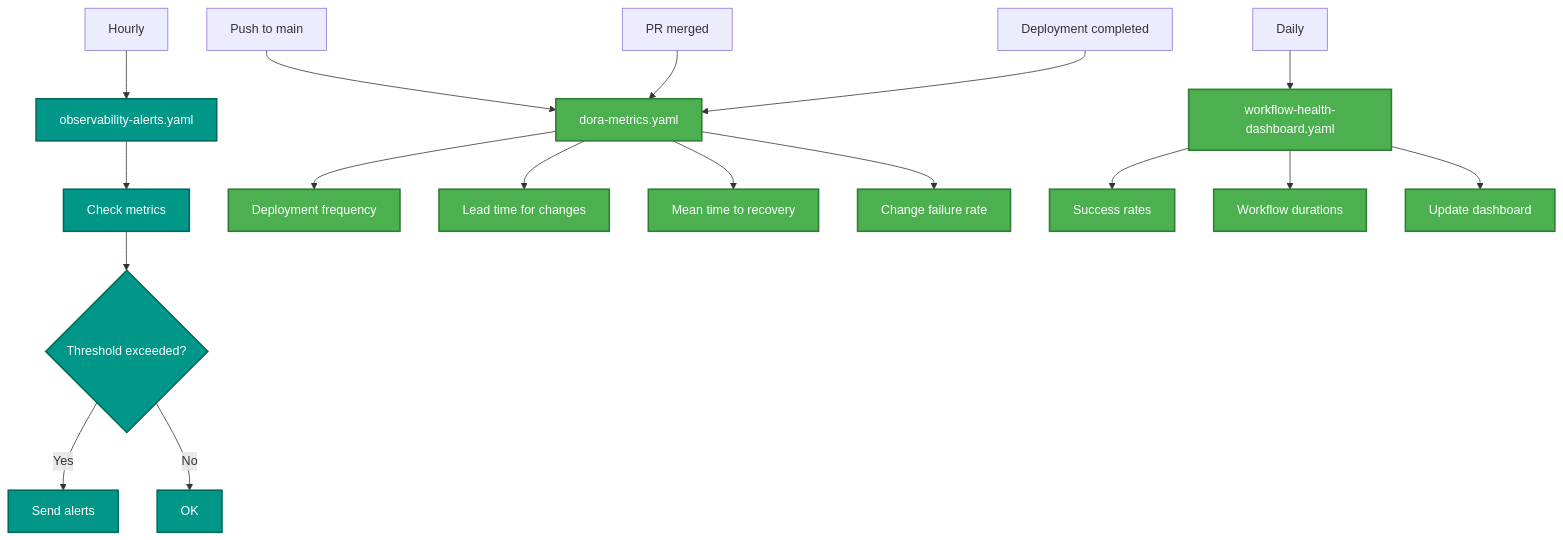
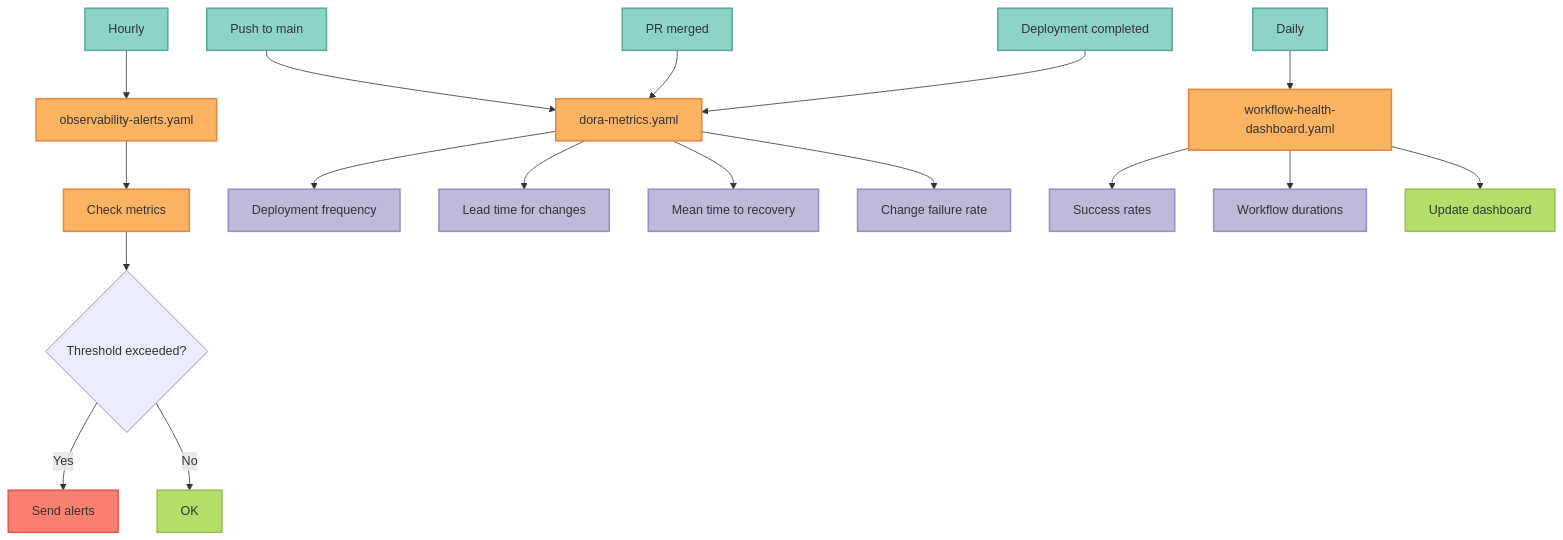
One commit to vishnu2kmohan/mcp-server-langgraph changed the sixth of 12 diagrams in docs/development/workflow-diagram.mdx. Above: the diagram before and after it, drawn with Mermaid. The commit also changed other lines of this file and 201 other files, not shown here.

````diff
--- a/docs/development/workflow-diagram.mdx
+++ b/docs/development/workflow-diagram.mdx
@@ -230,32 +259,39 @@
 ```mermaid
-graph TD
+%% ColorBrewer2 Set3 palette - each component type uniquely colored
+flowchart TD
     %% Observability Alerts
     Hourly[Hourly] --> OA[observability-alerts.yaml]
     OA --> Metrics[Check metrics]
     Metrics --> Alert{Threshold exceeded?}
     Alert -->|Yes| Notify[Send alerts]
     Alert -->|No| OK[OK]
 
     %% DORA Metrics
     PushMain[Push to main] --> DM[dora-metrics.yaml]
     PRMerge[PR merged] --> DM
     DeployComplete[Deployment completed] --> DM
 
     DM --> DF[Deployment frequency]
     DM --> LT[Lead time for changes]
     DM --> MTTR[Mean time to recovery]
     DM --> CFR[Change failure rate]
 
     %% Workflow Health
     DailyWH[Daily] --> WH[workflow-health-dashboard.yaml]
     WH --> Success[Success rates]
     WH --> Duration[Workflow durations]
     WH --> Dashboard[Update dashboard]
 
-    %% Styling
-    classDef monitoringFlow fill:#009688,stroke:#00695C,stroke-width:2px,color:#fff
-    classDef metricsFlow fill:#4CAF50,stroke:#2E7D32,stroke-width:2px,color:#fff
+    %% ColorBrewer Set3 Styling
+    classDef clientStyle fill:#8dd3c7,stroke:#5fa99d,stroke-width:2px,color:#333
+    classDef validationStyle fill:#fdb462,stroke:#e8873f,stroke-width:2px,color:#333
+    classDef serviceStyle fill:#bebada,stroke:#9b8ec7,stroke-width:2px,color:#333
+    classDef successStyle fill:#b3de69,stroke:#97c24f,stroke-width:2px,color:#333
+    classDef errorStyle fill:#fb8072,stroke:#e85a4f,stroke-width:2px,color:#333
 
-    class OA,Metrics,Alert,Notify,OK monitoringFlow
-    class DM,DF,LT,MTTR,CFR,WH,Success,Duration,Dashboard metricsFlow
+    class Hourly,PushMain,PRMerge,DeployComplete,DailyWH clientStyle
+    class OA,Metrics,DM,WH validationStyle
+    class DF,LT,MTTR,CFR,Success,Duration serviceStyle
+    class Dashboard,OK successStyle
+    class Notify errorStyle
 ```
````
